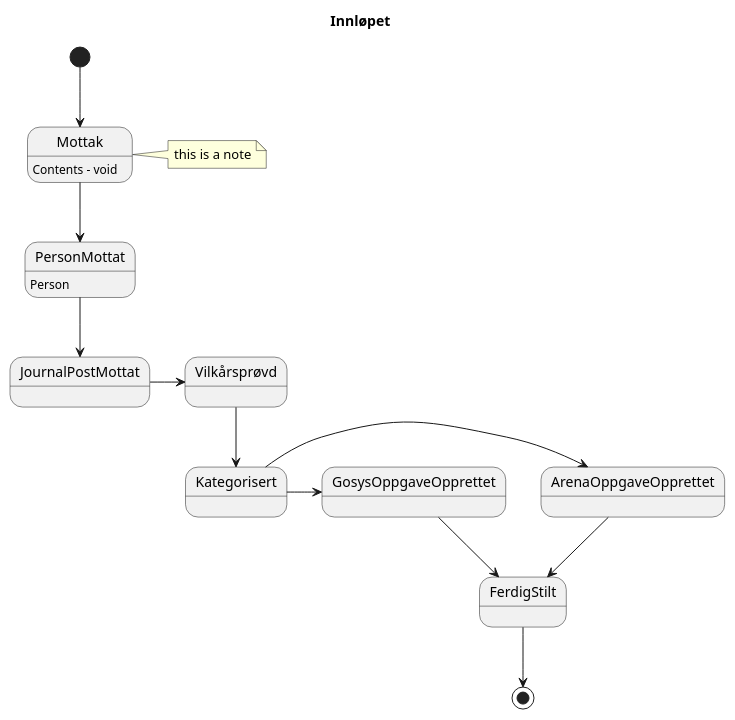
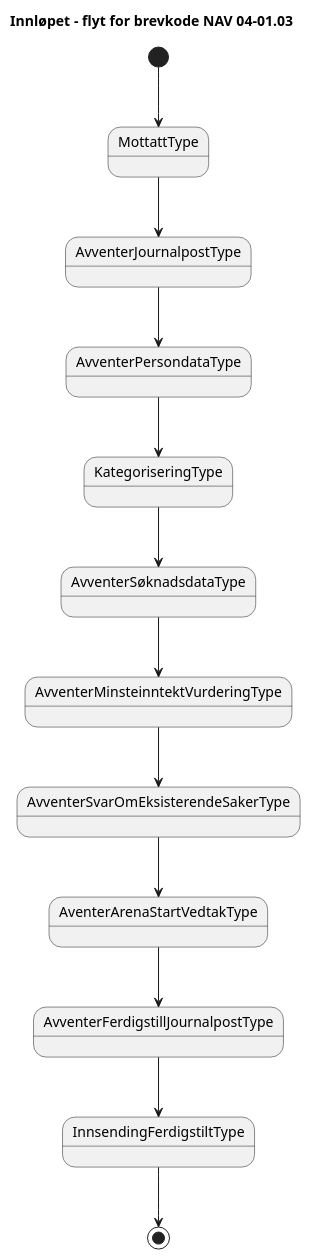
Before and after one commit to navikt/dp-mottak: the diagram in docs/arkitektur/journalpost-tilstander.puml, drawn with PlantUML. The commit also changed 3 other files, not shown here.

Commit message:
dokumentasjon: plantuml

```diff
--- a/docs/arkitektur/journalpost-tilstander.puml
+++ b/docs/arkitektur/journalpost-tilstander.puml
@@ -1,20 +1,16 @@
 @startuml
-
-title Innløpet
-[*] --> Mottak
-note right
-this is a note
-end note
-
-Mottak : Contents - void
-Mottak --> PersonMottat
-PersonMottat: Person
-PersonMottat --> JournalPostMottat
-JournalPostMottat -> Vilkårsprøvd
-Vilkårsprøvd --> Kategorisert
-Kategorisert -> ArenaOppgaveOpprettet
-Kategorisert -> GosysOppgaveOpprettet
-ArenaOppgaveOpprettet --> FerdigStilt
-GosysOppgaveOpprettet --> FerdigStilt
-FerdigStilt --> [*]
+title
+Innløpet – flyt for brevkode NAV 04-01.03
+end title
+[*]-->MottattType
+MottattType --> AvventerJournalpostType
+AvventerJournalpostType --> AvventerPersondataType
+AvventerPersondataType --> KategoriseringType
+KategoriseringType --> AvventerSøknadsdataType
+AvventerSøknadsdataType --> AvventerMinsteinntektVurderingType
+AvventerMinsteinntektVurderingType --> AvventerSvarOmEksisterendeSakerType
+AvventerSvarOmEksisterendeSakerType --> AventerArenaStartVedtakType
+AventerArenaStartVedtakType --> AvventerFerdigstillJournalpostType
+AvventerFerdigstillJournalpostType --> InnsendingFerdigstiltType
+InnsendingFerdigstiltType--> [*]
 @enduml
```
